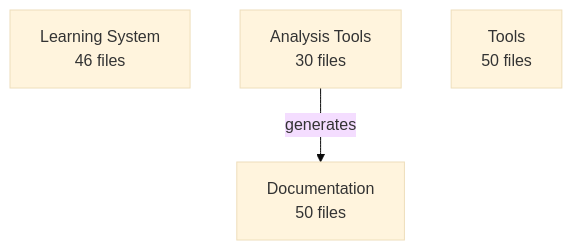
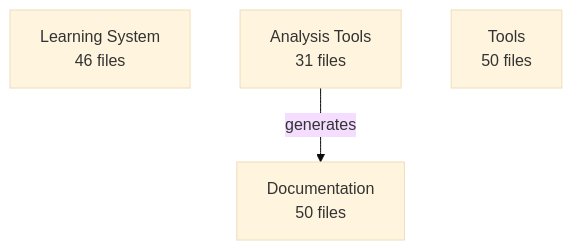
The diagram in analysis/architecture/architecture.mmd (enufacas/Chained), drawn with Mermaid (base theme) before and after one commit. The commit also changed 6 other files, not shown here.

First line of the commit message:
🏗️ Update architecture evolution tracking

```diff
--- a/analysis/architecture/architecture.mmd
+++ b/analysis/architecture/architecture.mmd
@@ -1,6 +1,6 @@
 graph TD
     learning_system[Learning System<br/>46 files]
-    analysis_tools[Analysis Tools<br/>30 files]
+    analysis_tools[Analysis Tools<br/>31 files]
     documentation[Documentation<br/>50 files]
     tools[Tools<br/>50 files]
     analysis_tools -->|generates| documentation
```
